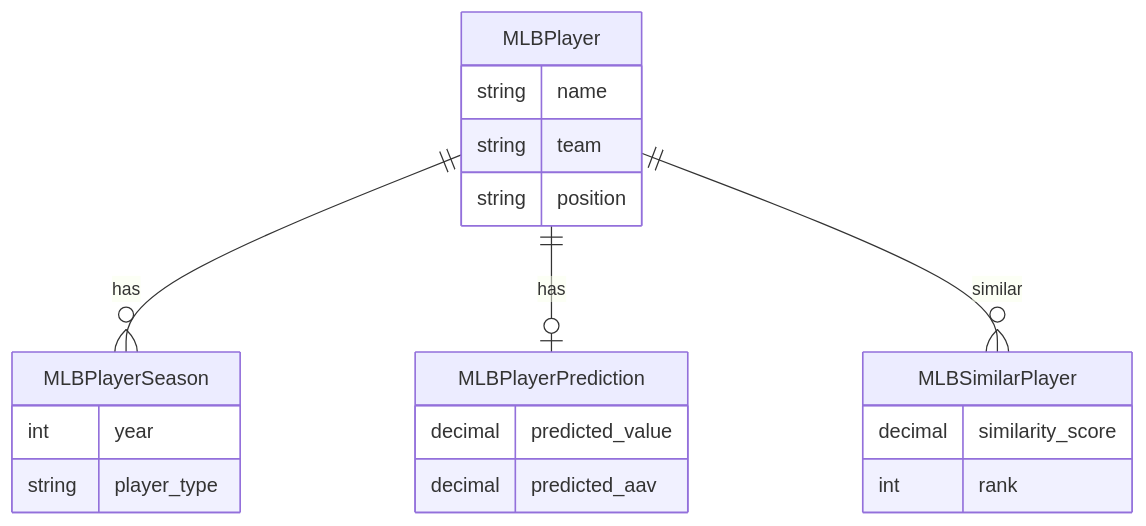
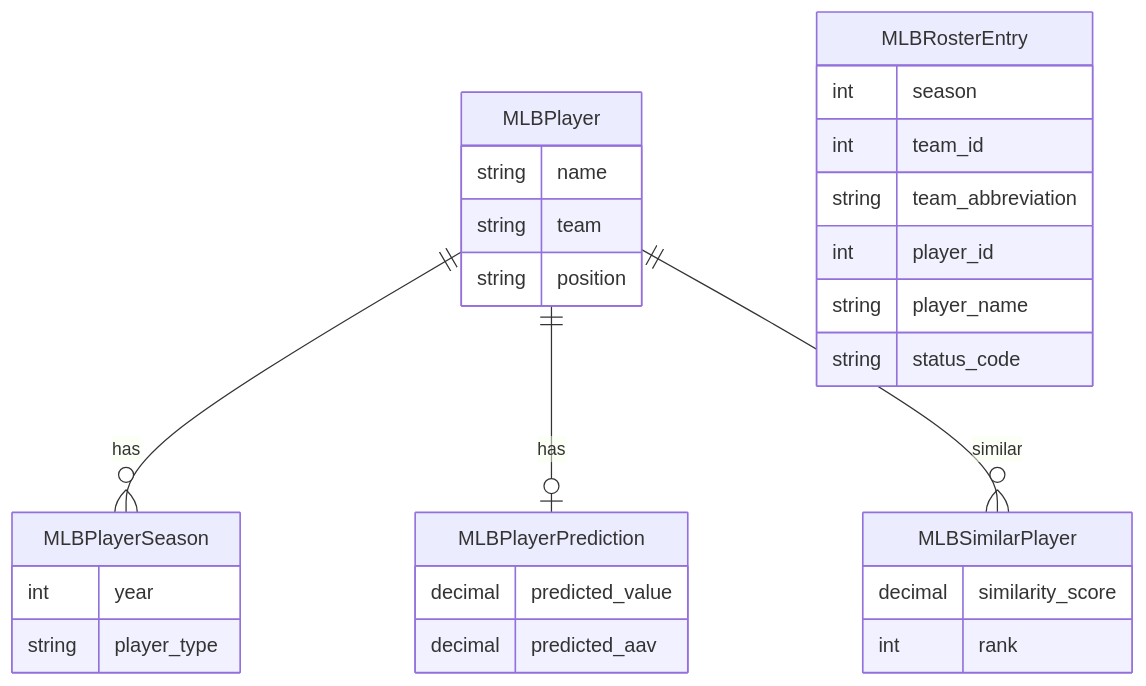
Before and after one commit to yechuk/backend: the third of 6 diagrams in ARCHITECTURE_TOBE.md, drawn with Mermaid. The commit also changed other lines of this file and 6 other files, not shown here.

````diff
--- a/ARCHITECTURE_TOBE.md
+++ b/ARCHITECTURE_TOBE.md
@@ -136,23 +139,31 @@
 ```mermaid
 erDiagram
     MLBPlayer ||--o{ MLBPlayerSeason : "has"
     MLBPlayer ||--o| MLBPlayerPrediction : "has"
     MLBPlayer ||--o{ MLBSimilarPlayer : "similar"
+    MLBRosterEntry {
+        int season
+        int team_id
+        string team_abbreviation
+        int player_id
+        string player_name
+        string status_code
+    }
     MLBPlayer {
         string name
         string team
         string position
     }
     MLBPlayerSeason {
         int year
         string player_type
     }
     MLBPlayerPrediction {
         decimal predicted_value
         decimal predicted_aav
     }
     MLBSimilarPlayer {
         decimal similarity_score
         int rank
     }
 ```
````
